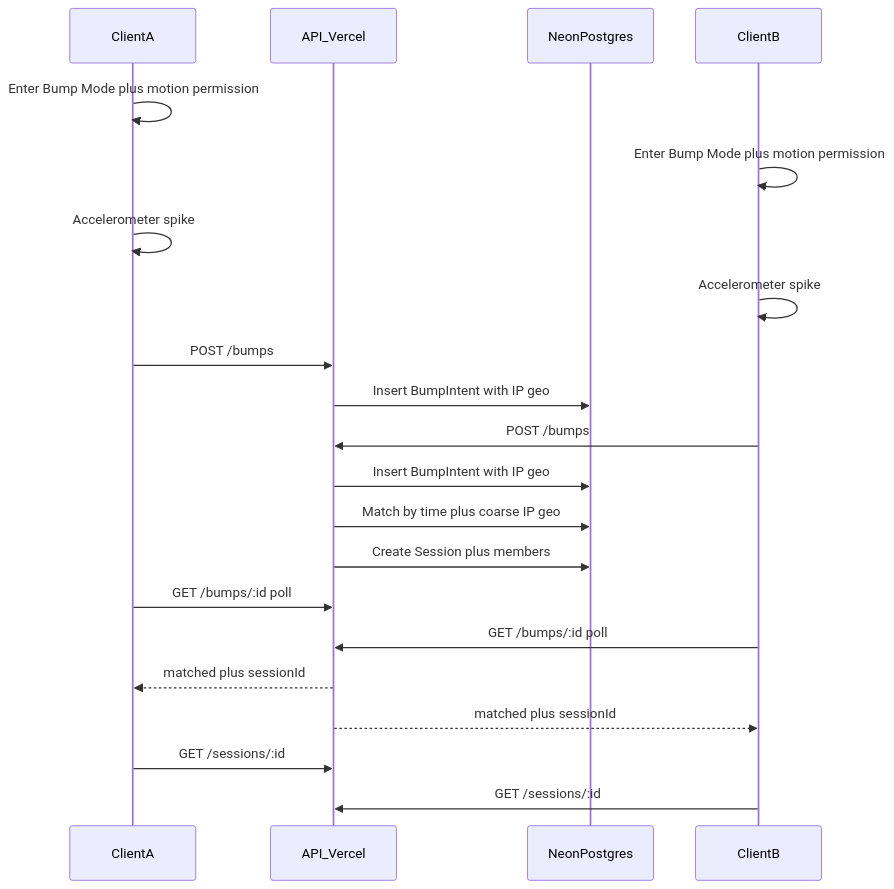
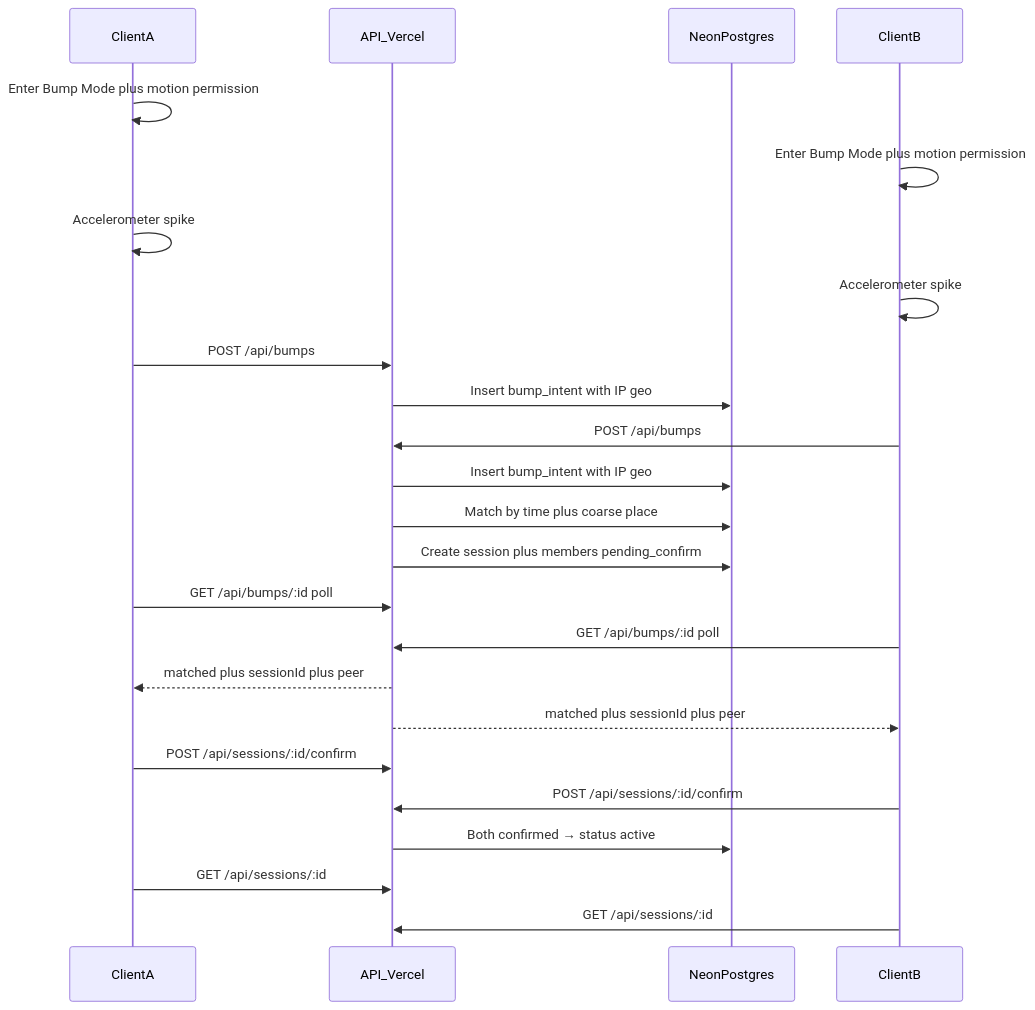
One commit to justinleski/summerhacks changed the second of 3 diagrams in docs/bump/architecture.md. Above: the diagram before and after it, drawn with Mermaid. The commit also changed other lines of this file and 10 other files, not shown here.

````diff
--- a/docs/bump/architecture.md
+++ b/docs/bump/architecture.md
@@ -44,24 +45,27 @@
 ```mermaid
 sequenceDiagram
   participant A as ClientA
   participant S as API_Vercel
   participant DB as NeonPostgres
   participant B as ClientB
 
   A->>A: Enter Bump Mode plus motion permission
   B->>B: Enter Bump Mode plus motion permission
   A->>A: Accelerometer spike
   B->>B: Accelerometer spike
-  A->>S: POST /bumps
-  S->>DB: Insert BumpIntent with IP geo
-  B->>S: POST /bumps
-  S->>DB: Insert BumpIntent with IP geo
-  S->>DB: Match by time plus coarse IP geo
-  S->>DB: Create Session plus members
-  A->>S: GET /bumps/:id poll
-  B->>S: GET /bumps/:id poll
-  S-->>A: matched plus sessionId
-  S-->>B: matched plus sessionId
-  A->>S: GET /sessions/:id
-  B->>S: GET /sessions/:id
+  A->>S: POST /api/bumps
+  S->>DB: Insert bump_intent with IP geo
+  B->>S: POST /api/bumps
+  S->>DB: Insert bump_intent with IP geo
+  S->>DB: Match by time plus coarse place
+  S->>DB: Create session plus members pending_confirm
+  A->>S: GET /api/bumps/:id poll
+  B->>S: GET /api/bumps/:id poll
+  S-->>A: matched plus sessionId plus peer
+  S-->>B: matched plus sessionId plus peer
+  A->>S: POST /api/sessions/:id/confirm
+  B->>S: POST /api/sessions/:id/confirm
+  S->>DB: Both confirmed → status active
+  A->>S: GET /api/sessions/:id
+  B->>S: GET /api/sessions/:id
 ```
````
